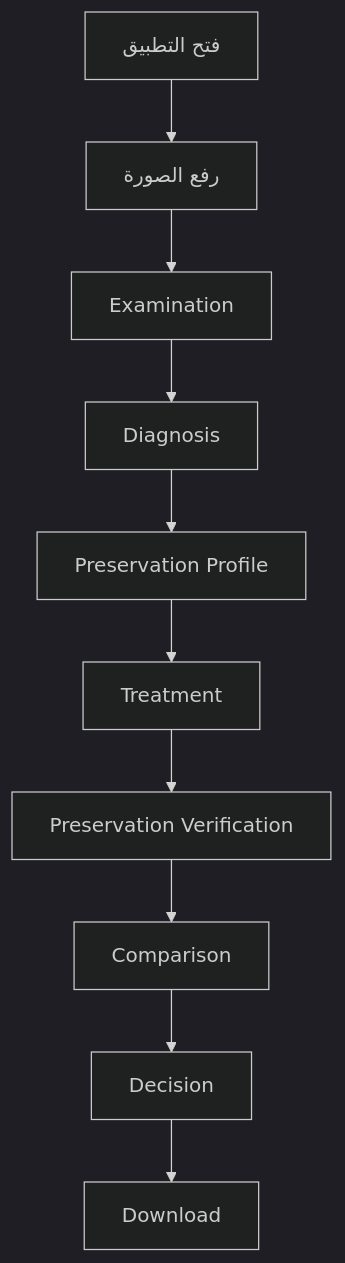
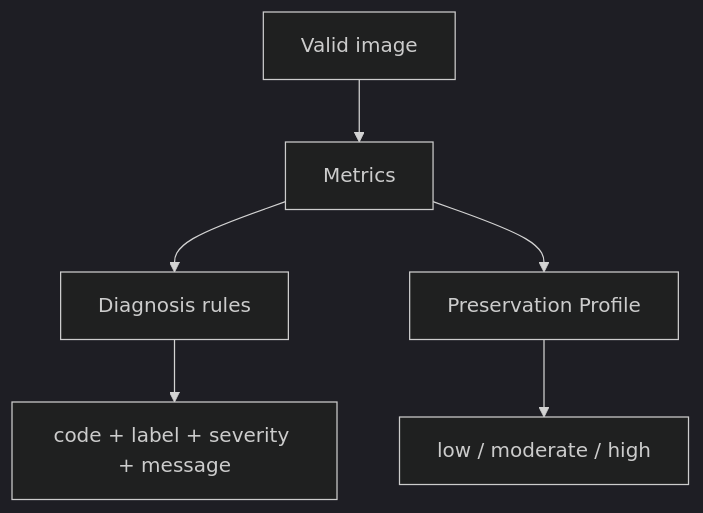
Before and after one commit to Alhareith/manuscript-doctor: the third of 7 diagrams in docs/testing.md, drawn with Mermaid (dark theme). The commit also changed other lines of this file and 168 other files, not shown here.

````diff
--- a/docs/testing.md
+++ b/docs/testing.md
@@ -307,12 +112,8 @@
 ```mermaid
 flowchart TD
-    A["فتح التطبيق"] --> B["رفع الصورة"]
-    B --> C["Examination"]
-    C --> D["Diagnosis"]
-    D --> E["Preservation Profile"]
-    E --> F["Treatment"]
-    F --> G["Preservation Verification"]
-    G --> H["Comparison"]
-    H --> I["Decision"]
-    I --> J["Download"]
+    A["Valid image"] --> B["Metrics"]
+    B --> C["Diagnosis rules"]
+    B --> D["Preservation Profile"]
+    C --> E["code + label + severity + message"]
+    D --> F["low / moderate / high"]
 ```
````
